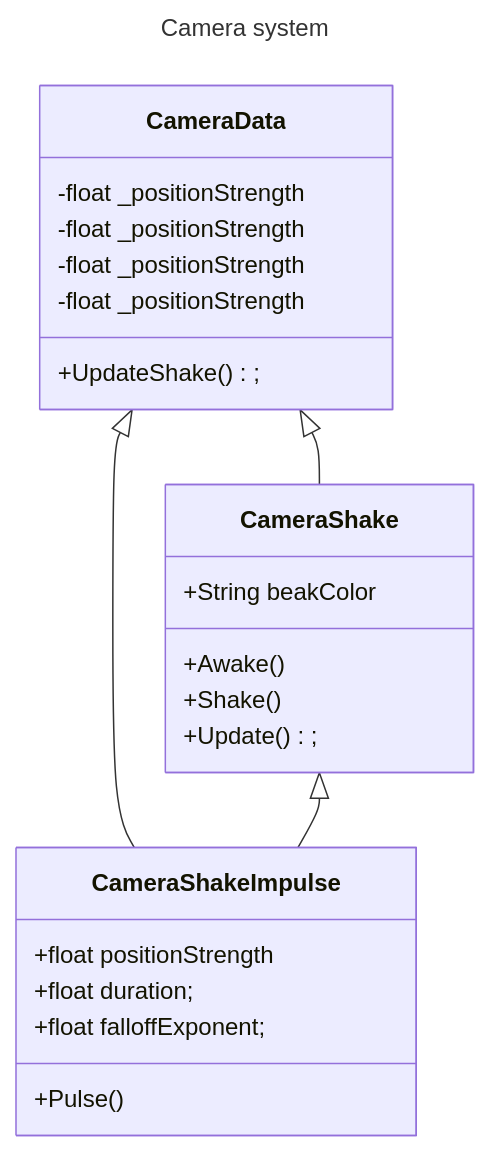
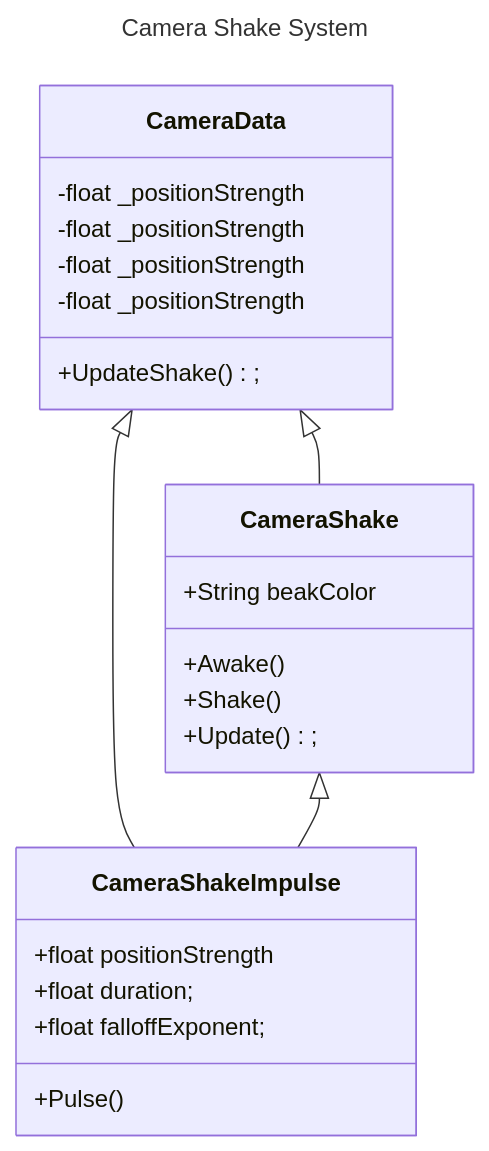
The third of 3 diagrams in README.md (Calvin-Davidson/Examen), drawn with Mermaid before and after one commit. The commit also changed other lines of this file, not shown here.

````diff
--- a/README.md
+++ b/README.md
@@ -203,28 +213,28 @@
 ```mermaid
 ---
-title: Camera system
+title: Camera Shake System
 ---
 classDiagram
     CameraData <|-- CameraShakeImpulse
     CameraShake <|-- CameraShakeImpulse
     CameraData <|-- CameraShake
     class CameraShake{
         +String beakColor
         +Awake()
         +Shake()
         +Update();
     }
     class CameraData{
         -float _positionStrength
         -float _positionStrength
         -float _positionStrength
         -float _positionStrength
         +UpdateShake();
     }
     class CameraShakeImpulse{
         +float positionStrength
         +float duration;
         +float falloffExponent;
         +Pulse()
     }
 ```
````
